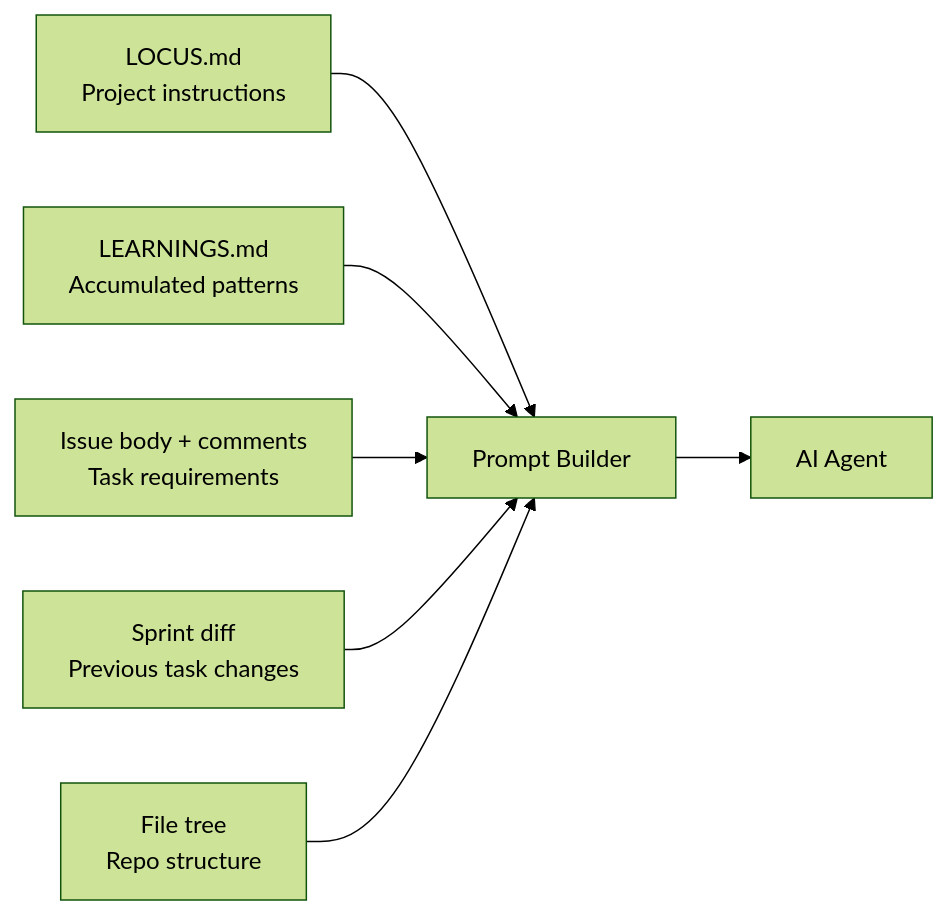
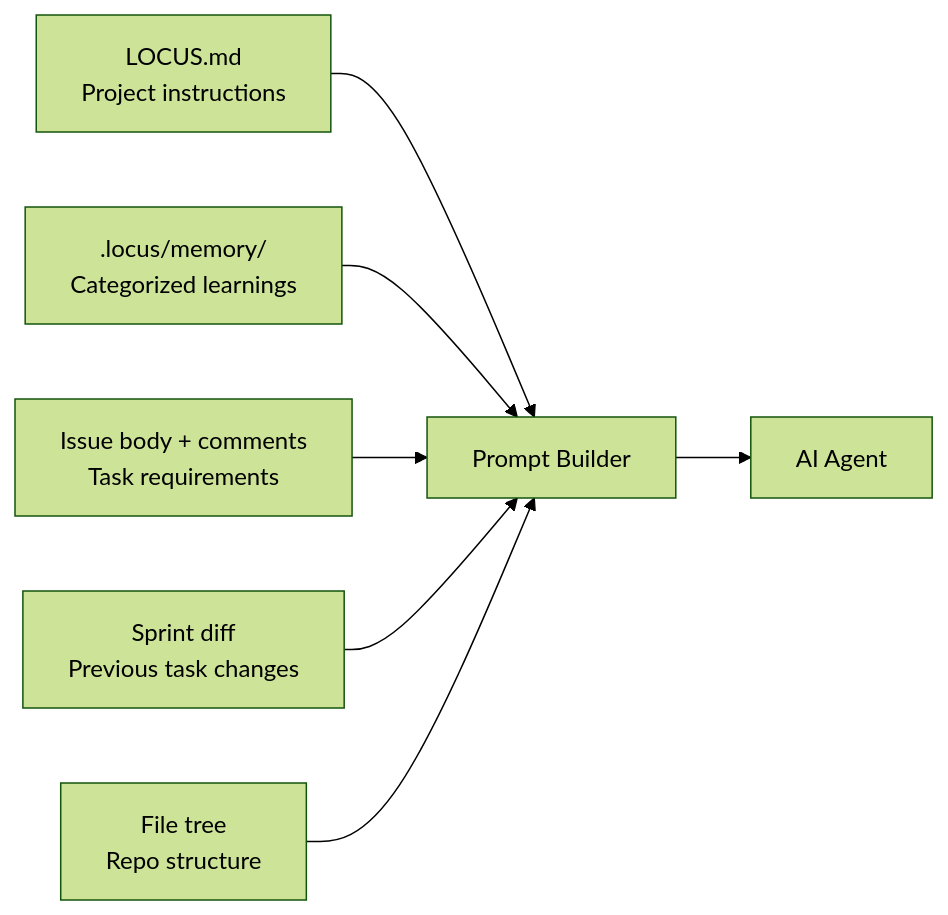
The third of 4 diagrams in docs/concepts/how-it-works.md (asgarovf/locusai), drawn with Mermaid (forest theme) before and after one commit. The commit also changed other lines of this file and 18 other files, not shown here.

First line of the commit message:
feat(memory): add structured memory system with categorized learnings

````diff
--- a/docs/concepts/how-it-works.md
+++ b/docs/concepts/how-it-works.md
@@ -131,9 +131,9 @@
 ```mermaid
 graph LR
     A[LOCUS.md<br>Project instructions] --> P[Prompt Builder]
-    B[LEARNINGS.md<br>Accumulated patterns] --> P
+    B[.locus/memory/<br>Categorized learnings] --> P
     C[Issue body + comments<br>Task requirements] --> P
     D[Sprint diff<br>Previous task changes] --> P
     E[File tree<br>Repo structure] --> P
     P --> F[AI Agent]
 ```
````
